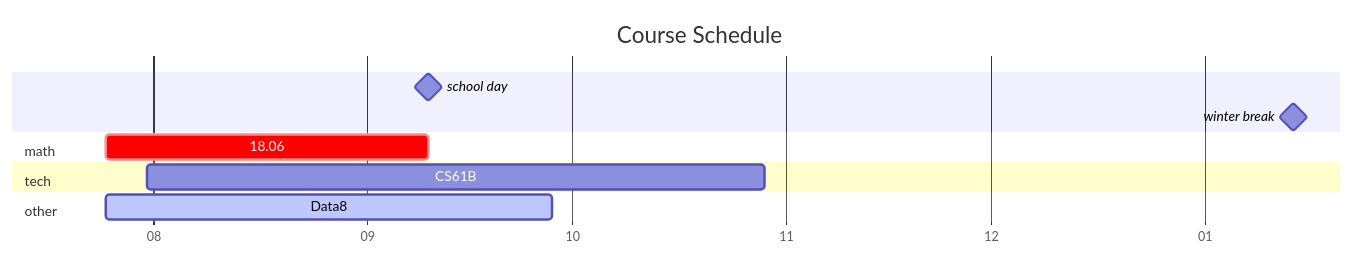
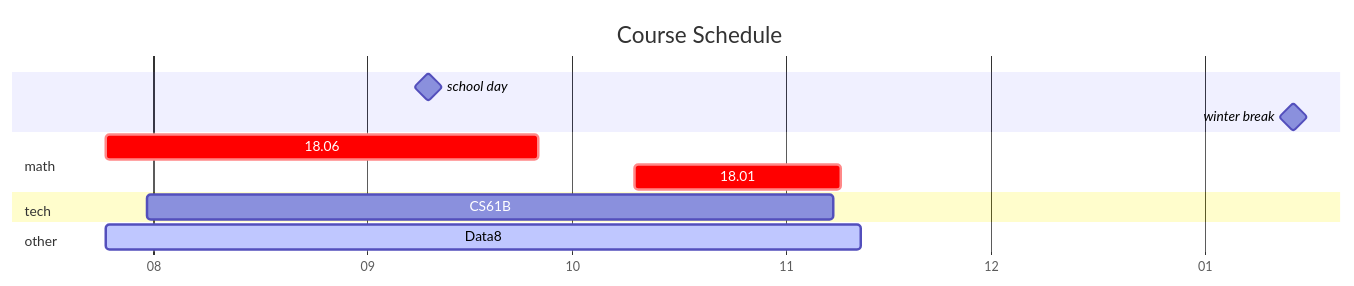
Before and after one commit to 2975459755/2975459755.github.io: the diagram in _tabs/about.md, drawn with Mermaid.

````diff
--- a/_tabs/about.md
+++ b/_tabs/about.md
@@ -12,18 +12,19 @@
 ```mermaid
 gantt
   title  Course Schedule
   dateFormat MM-DD
   axisFormat %m
 
   school day  :	milestone, 09-10, 1m
   winter break: milestone, w, 2024-01-14, 1m
 
   section math
-  18.06 			: crit, a, 07-25, 47d
+  18.06 			: crit, a, 07-25, 63d
+  18.01       : crit, b, 10-10, 30d
 
   section tech
-  CS61B 			:		61b,	07-31, 90d
+  CS61B 			:		61b,	07-31, 100d
 
   section other
-  Data8 			: active, d8, 07-25, 65d
+  Data8 			: active, d8, 07-25, 110d
 ```
````
